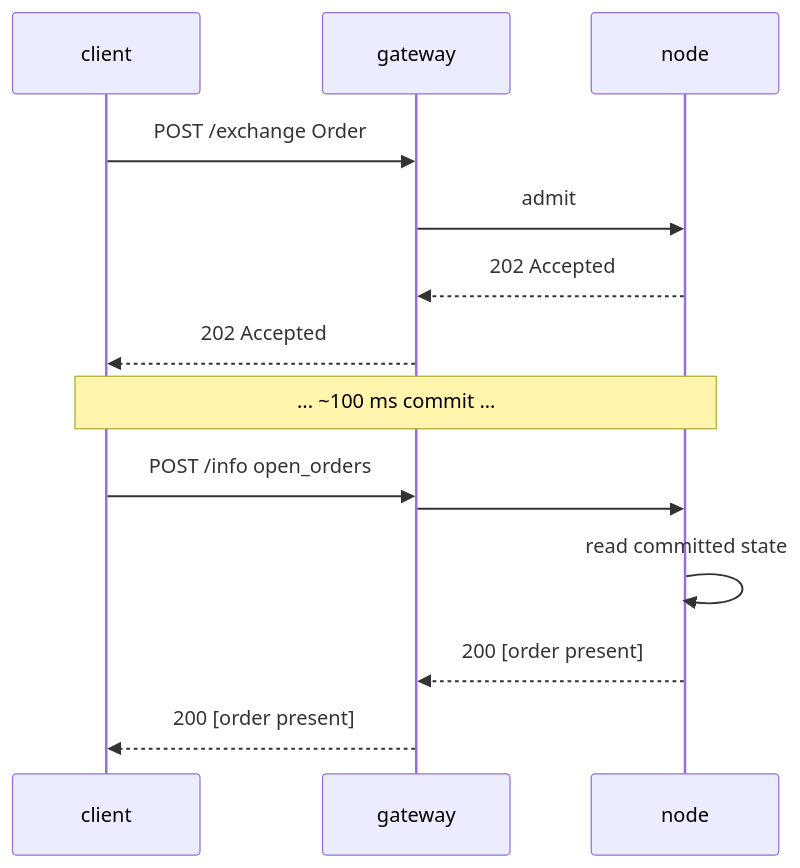
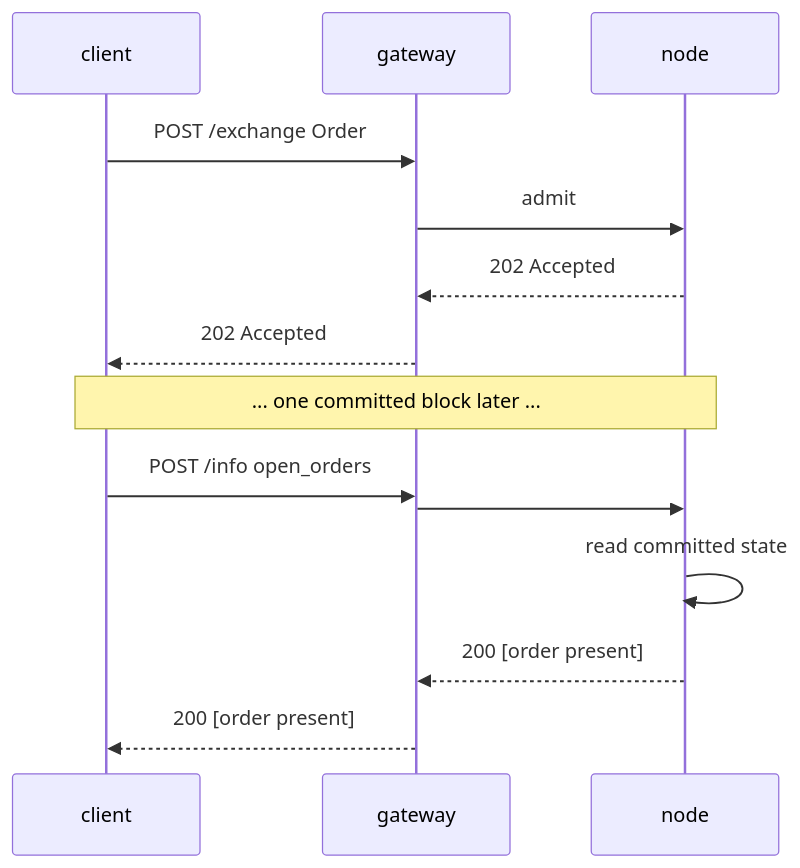
One commit to mtf-exchange/metaflux-knowledges changed the diagram in docs/api/rest/info.md. Above: the diagram before and after it, drawn with Mermaid. The commit also changed other lines of this file and 31 other files, not shown here.

````diff
--- a/docs/api/rest/info.md
+++ b/docs/api/rest/info.md
@@ -2158,16 +2149,16 @@
 ```mermaid
 sequenceDiagram
     participant client
     participant gateway
     participant node
     client->>gateway: POST /exchange Order
     gateway->>node: admit
     node-->>gateway: 202 Accepted
     gateway-->>client: 202 Accepted
-    Note over client,node: ... ~100 ms commit ...
+    Note over client,node: ... one committed block later ...
     client->>gateway: POST /info open_orders
     gateway->>node: 
     node->>node: read committed state
     node-->>gateway: 200 [order present]
     gateway-->>client: 200 [order present]
 ```
````
